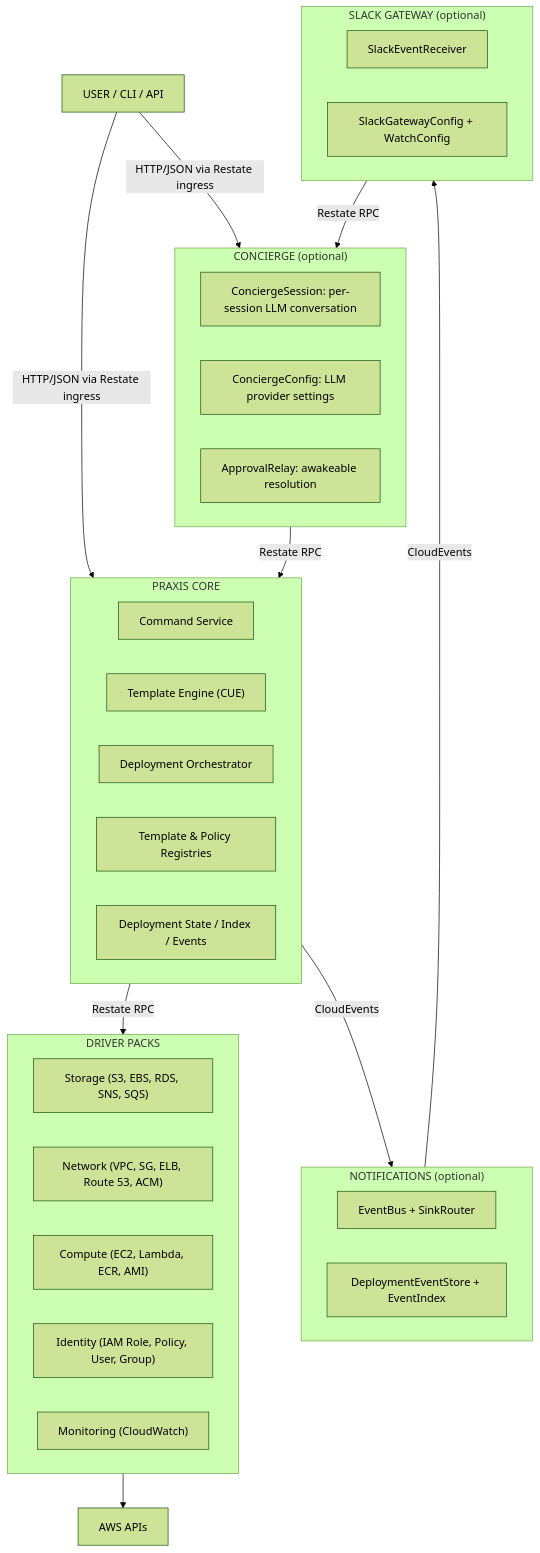
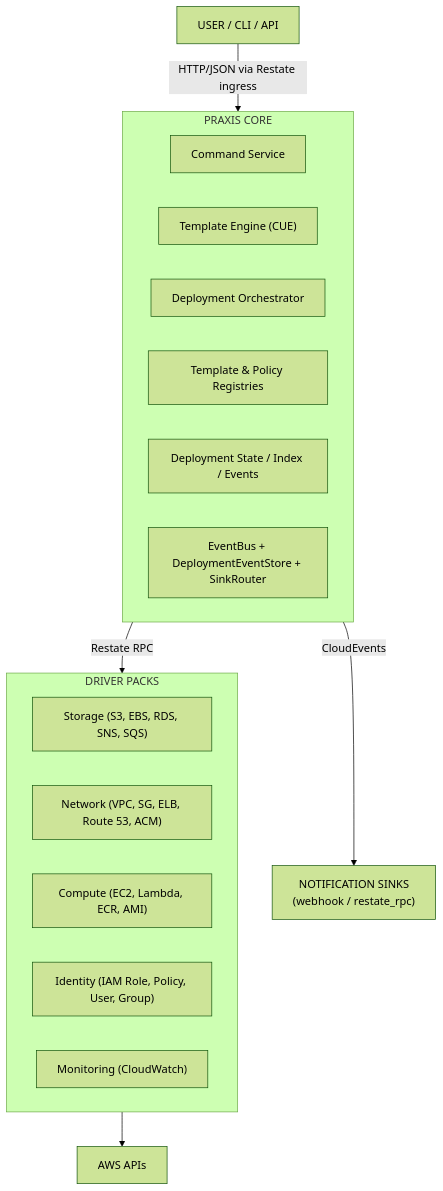
One commit to shirvan/praxis changed the fifth of 7 diagrams in docs/PRAXIS_ARCHITECTURE.md. Above: the diagram before and after it, drawn with Mermaid (forest theme). The commit also changed other lines of this file and 7 other files, not shown here.

First line of the commit message:
docs: sweep all documentation for the new architecture

````diff
--- a/docs/PRAXIS_ARCHITECTURE.md
+++ b/docs/PRAXIS_ARCHITECTURE.md
@@ -351,52 +354,29 @@
 ```mermaid
 graph TD
     User["USER / CLI / API"]
 
     User -->|"HTTP/JSON via Restate ingress"| Core
 
     subgraph Core["PRAXIS CORE"]
         CS["Command Service"]
         TE["Template Engine (CUE)"]
         DO["Deployment Orchestrator"]
         TR["Template & Policy Registries"]
         DS["Deployment State / Index / Events"]
+        EB["EventBus + DeploymentEventStore + SinkRouter"]
     end
-
-    User -->|"HTTP/JSON via Restate ingress"| Concierge
-
-    subgraph Concierge["CONCIERGE (optional)"]
-        CS2["ConciergeSession: per-session LLM conversation"]
-        CC["ConciergeConfig: LLM provider settings"]
-        AR["ApprovalRelay: awakeable resolution"]
-    end
-
-    Concierge -->|"Restate RPC"| Core
 
     Core -->|"Restate RPC"| Drivers
 
     subgraph Drivers["DRIVER PACKS"]
         Storage["Storage (S3, EBS, RDS, SNS, SQS)"]
         Network["Network (VPC, SG, ELB, Route 53, ACM)"]
         Compute["Compute (EC2, Lambda, ECR, AMI)"]
         IAM["Identity (IAM Role, Policy, User, Group)"]
         Monitoring["Monitoring (CloudWatch)"]
     end
 
-    Core -->|"CloudEvents"| Notifications
-
-    subgraph Notifications["NOTIFICATIONS (optional)"]
-        EB["EventBus + SinkRouter"]
-        ES["DeploymentEventStore + EventIndex"]
-    end
-
-    Notifications -->|"CloudEvents"| Slack
-
-    subgraph Slack["SLACK GATEWAY (optional)"]
-        SR["SlackEventReceiver"]
-        SGC["SlackGatewayConfig + WatchConfig"]
-    end
-
-    Slack -->|"Restate RPC"| Concierge
+    Core -->|"CloudEvents"| Sinks["NOTIFICATION SINKS<br/>(webhook / restate_rpc)"]
 
     Drivers --> AWS["AWS APIs"]
 ```
````
